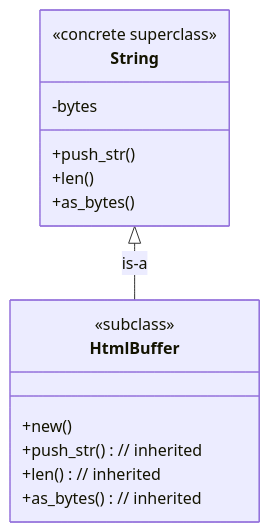
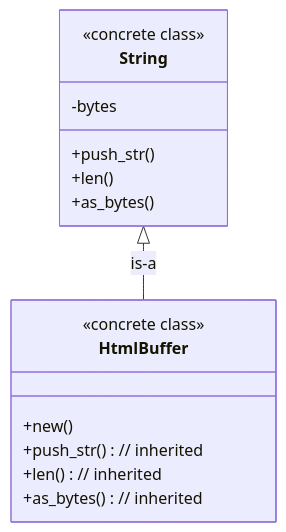
One commit to CarlKCarlK/inherit changed the diagram in examples/5_puzzle.md. Above: the diagram before and after it, drawn with Mermaid. The commit also changed 8 other files, not shown here.

````diff
--- a/examples/5_puzzle.md
+++ b/examples/5_puzzle.md
@@ -5,22 +5,22 @@
 ```mermaid
 classDiagram
     direction TB
 
     class String {
-        <<concrete superclass>>
+        <<concrete class>>
         -bytes
         +push_str()
         +len()
         +as_bytes()
     }
 
     class HtmlBuffer {
-        <<subclass>>
+        <<concrete class>>
         +new()
         +push_str() // inherited
         +len() // inherited
         +as_bytes() // inherited
     }
 
     String <|-- HtmlBuffer : is-a
 ```
````
